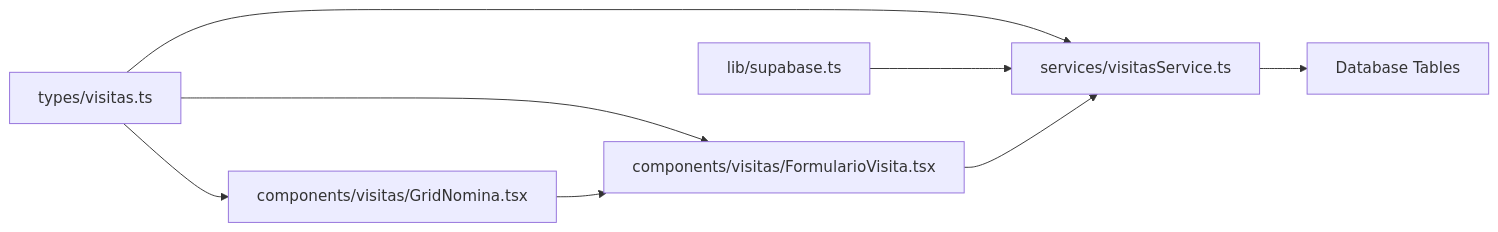
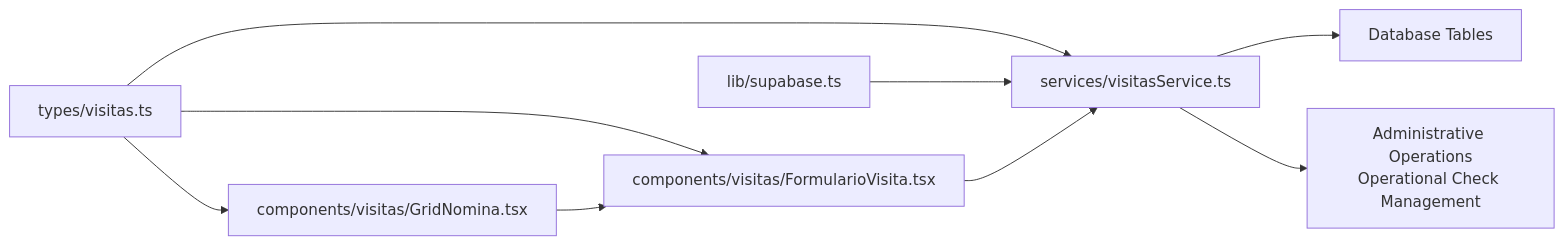
The fourth of 4 diagrams in .qoder/repowiki/en/content/Data Models & Type System.md (AgusCatra/simu-twin-web), drawn with Mermaid before and after one commit. The commit also changed other lines of this file and 21 other files, not shown here.

````diff
--- a/.qoder/repowiki/en/content/Data Models & Type System.md
+++ b/.qoder/repowiki/en/content/Data Models & Type System.md
@@ -380,10 +445,11 @@
 ```mermaid
 graph LR
 Types["types/visitas.ts"] --> Service["services/visitasService.ts"]
 Types --> UI["components/visitas/FormularioVisita.tsx"]
 Types --> Grid["components/visitas/GridNomina.tsx"]
 Supabase["lib/supabase.ts"] --> Service
 Service --> DB["Database Tables"]
 UI --> Service
 Grid --> UI
+Service --> AdminOps["Administrative Operations<br/>Operational Check Management"]
 ```
````
